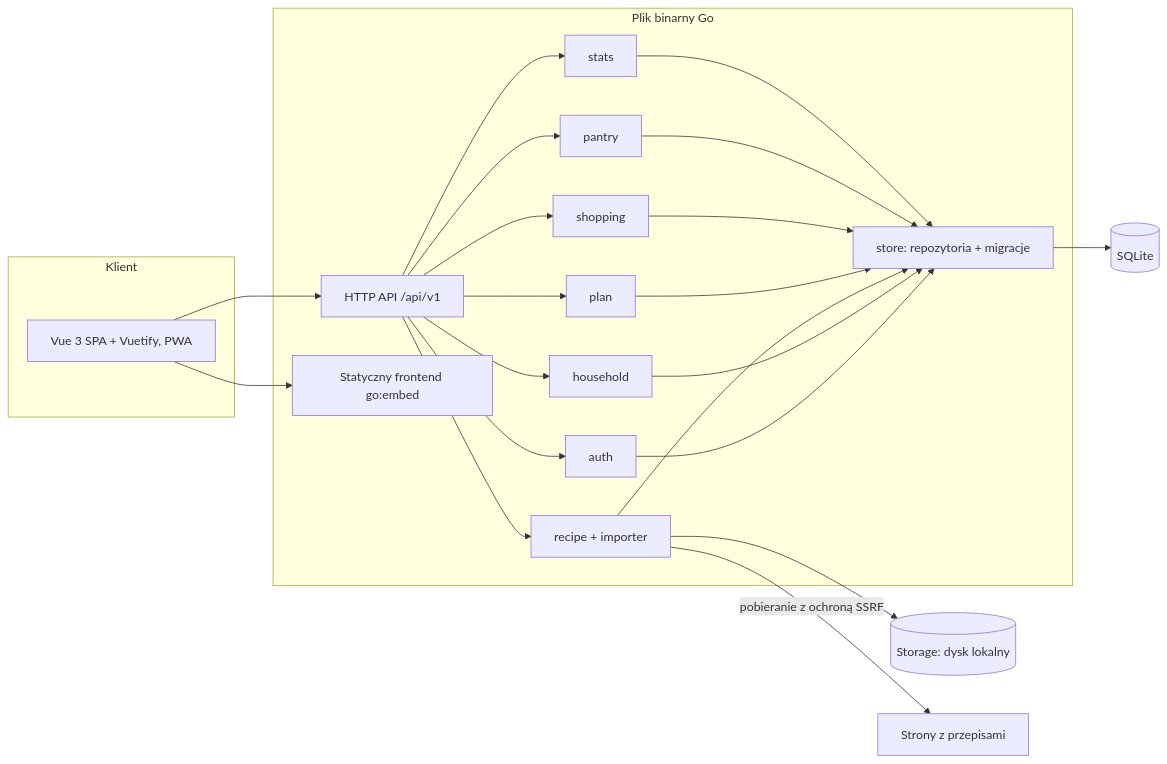
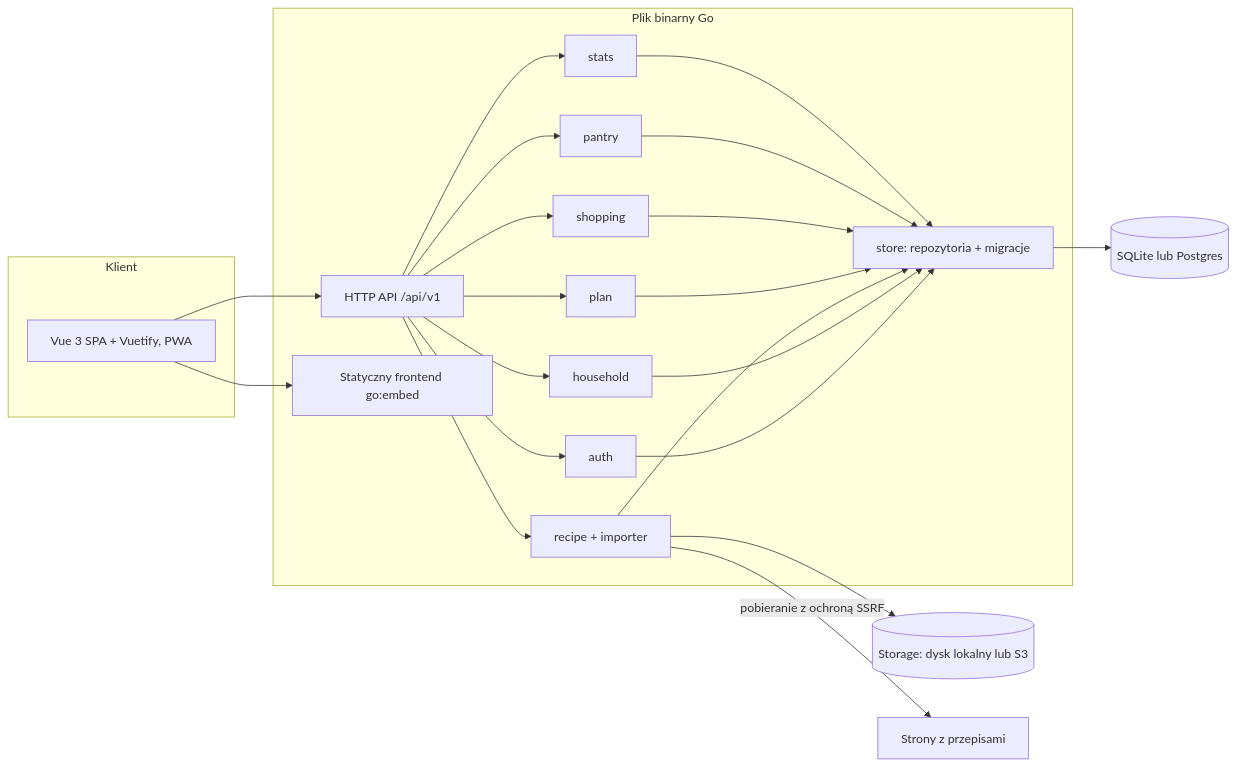
One commit to MarcinCho/mealplan changed the first of 8 diagrams in docs/superpowers/specs/2026-11-01-mealplan-design.md. Above: the diagram before and after it, drawn with Mermaid. The commit also changed other lines of this file, not shown here.

````diff
--- a/docs/superpowers/specs/2026-11-01-mealplan-design.md
+++ b/docs/superpowers/specs/2026-11-01-mealplan-design.md
@@ -36,28 +37,28 @@
 ```mermaid
 flowchart LR
     subgraph Klient
         SPA[Vue 3 SPA + Vuetify, PWA]
     end
     subgraph Serwer["Plik binarny Go"]
         API[HTTP API /api/v1]
         STATIC[Statyczny frontend go:embed]
         AUTH[auth]
         HH[household]
         REC[recipe + importer]
         PLAN[plan]
         SHOP[shopping]
         PAN[pantry]
         STATS[stats]
         STORE[store: repozytoria + migracje]
     end
-    DB[(SQLite)]
-    FS[(Storage: dysk lokalny)]
+    DB[(SQLite lub Postgres)]
+    FS[(Storage: dysk lokalny lub S3)]
     NET[Strony z przepisami]
     SPA --> API
     SPA --> STATIC
     API --> AUTH & HH & REC & PLAN & SHOP & PAN & STATS
     AUTH & HH & REC & PLAN & SHOP & PAN & STATS --> STORE
     STORE --> DB
     REC --> FS
     REC -- "pobieranie z ochroną SSRF" --> NET
 ```
````
